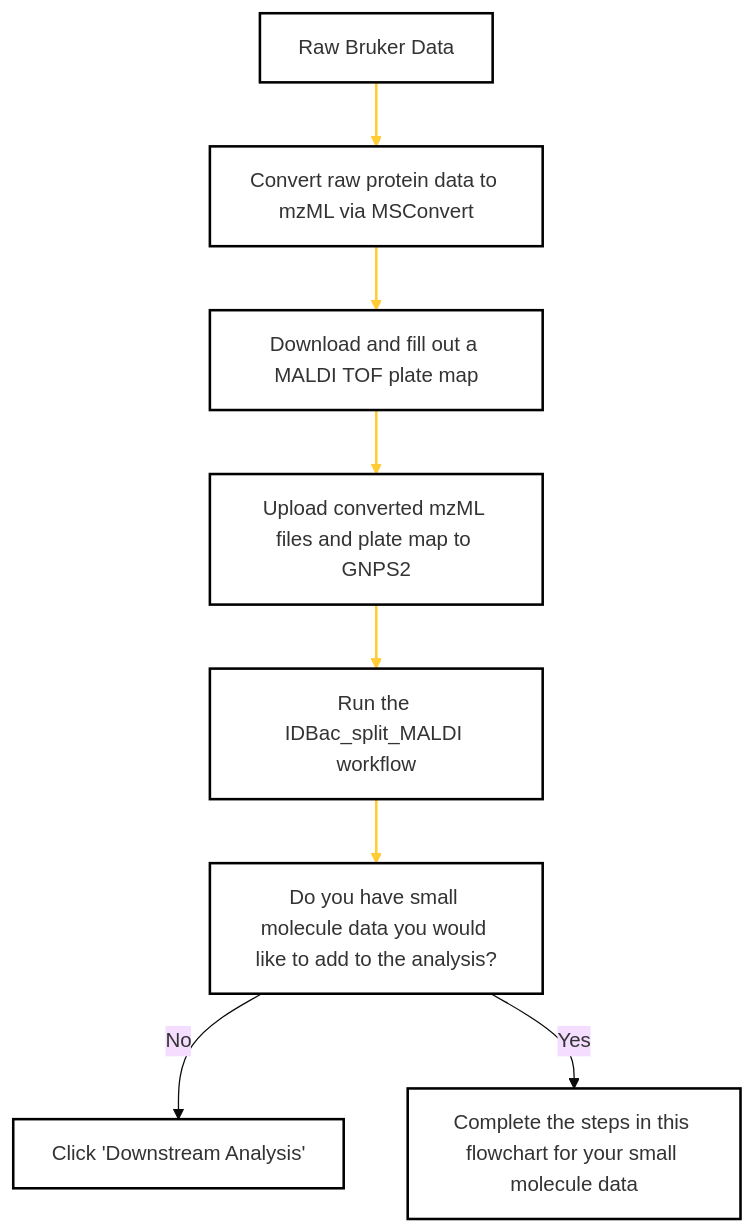
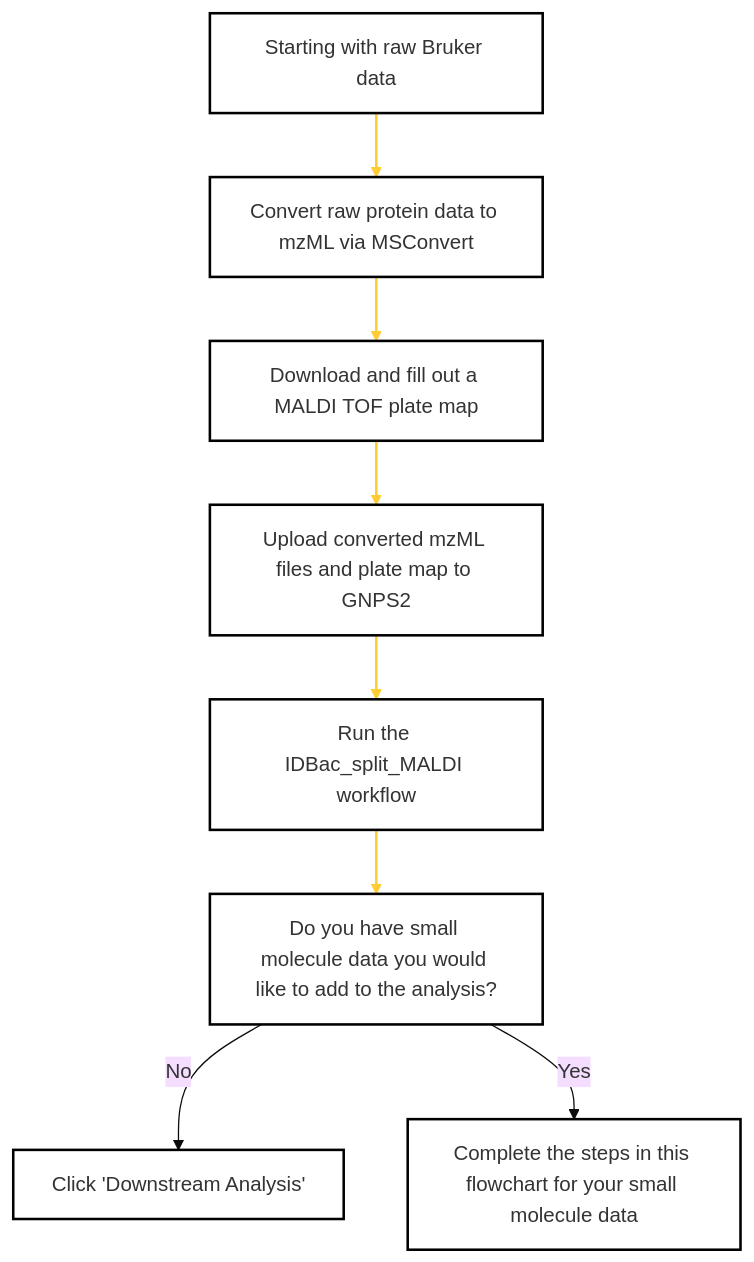
The diagram in docs/idbac-start-here.md (Wang-Bioinformatics-Lab/GNPS2_Documentation), drawn with Mermaid (base theme) before and after one commit.

````diff
--- a/docs/idbac-start-here.md
+++ b/docs/idbac-start-here.md
@@ -5,31 +5,31 @@
 ```mermaid
 flowchart TD
-    A[Raw Bruker Data] --> B[Convert raw protein data to mzML via MSConvert]
+    A[Starting with raw Bruker data] --> B[Convert raw protein data to mzML via MSConvert]
     B --> C[Download and fill out a MALDI TOF plate map]
     C --> D[Upload converted mzML files and plate map to GNPS2]
     D --> E[Run the IDBac_split_MALDI workflow]
     E --> F[Do you have small molecule data you would like to add to the analysis?]
     F --> |No| G[Click 'Downstream Analysis']
     F --> |Yes| H[Complete the steps in this flowchart for your small molecule data]
     click B href "https://proteowizard.sourceforge.io/"
     click C href "https://docs.google.com/spreadsheets/d/1ihFy6lQyJtWy9fp46ahMPWk7xLp2tJ3q/edit?usp=sharing&ouid=102573514213912402103&rtpof=true&sd=true"
     click D href "https://gnps2.org/homepage"
     click E href "https://gnps2.org/workflowinput?workflowname=idbac_split_maldi_workflow"
 
  %% Styling
     style A fill:#FFFFFF,stroke:#000000,stroke-width:2px
     style B fill:#FFFFFF,stroke:#000000,stroke-width:2px
     style C fill:#FFFFFF,stroke:#000000,stroke-width:2px
     style D fill:#FFFFFF,stroke:#000000,stroke-width:2px
     style E fill:#FFFFFF,stroke:#000000,stroke-width:2px
     style F fill:#FFFFFF,stroke:#000000,stroke-width:2px
     style G fill:#FFFFFF,stroke:#000000,stroke-width:2px
     style H fill:#FFFFFF,stroke:#000000,stroke-width:2px
     
     %% Link Styling
     linkStyle 0 stroke:#ffcc33,stroke-width:2px
     linkStyle 1 stroke:#ffcc33,stroke-width:2px
     linkStyle 2 stroke:#ffcc33,stroke-width:2px
     linkStyle 3 stroke:#ffcc33,stroke-width:2px
     linkStyle 4 stroke:#ffcc33,stroke-width:2px
 ```
````
